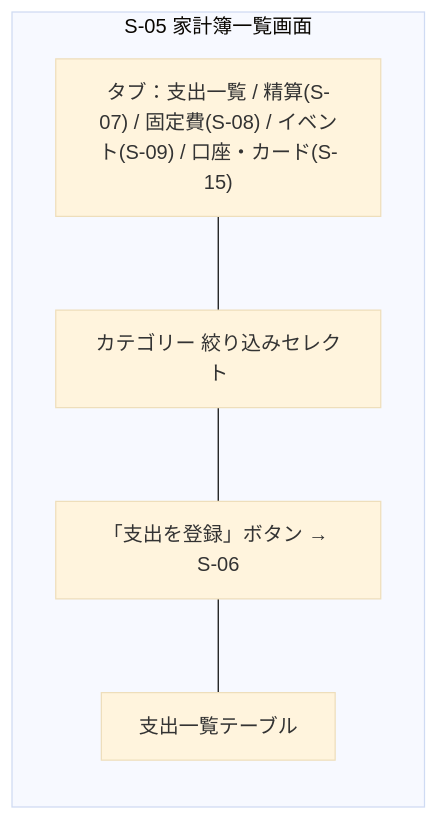
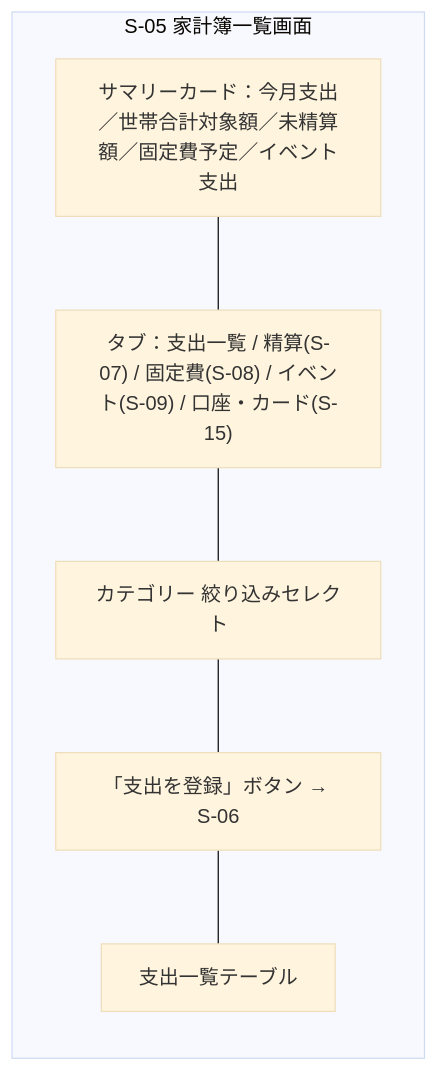
One commit to yamamotonaoki3/HomeLog changed the fifth of 17 diagrams in docs/details/wireframes.md. Above: the diagram before and after it, drawn with Mermaid (base theme). The commit also changed other lines of this file and 8 other files, not shown here.

````diff
--- a/docs/details/wireframes.md
+++ b/docs/details/wireframes.md
@@ -186,11 +209,12 @@
 ```mermaid
 flowchart TD
     subgraph Screen["S-05 家計簿一覧画面"]
         direction TB
+        Summary["サマリーカード：今月支出／世帯合計対象額／未精算額／固定費予定／イベント支出"]
         Tabs["タブ：支出一覧 / 精算(S-07) / 固定費(S-08) / イベント(S-09) / 口座・カード(S-15)"]
         Filter["カテゴリー 絞り込みセレクト"]
         AddBtn["「支出を登録」ボタン → S-06"]
         List["支出一覧テーブル"]
     end
-    Tabs --- Filter --- AddBtn --- List
+    Summary --- Tabs --- Filter --- AddBtn --- List
 ```
````
